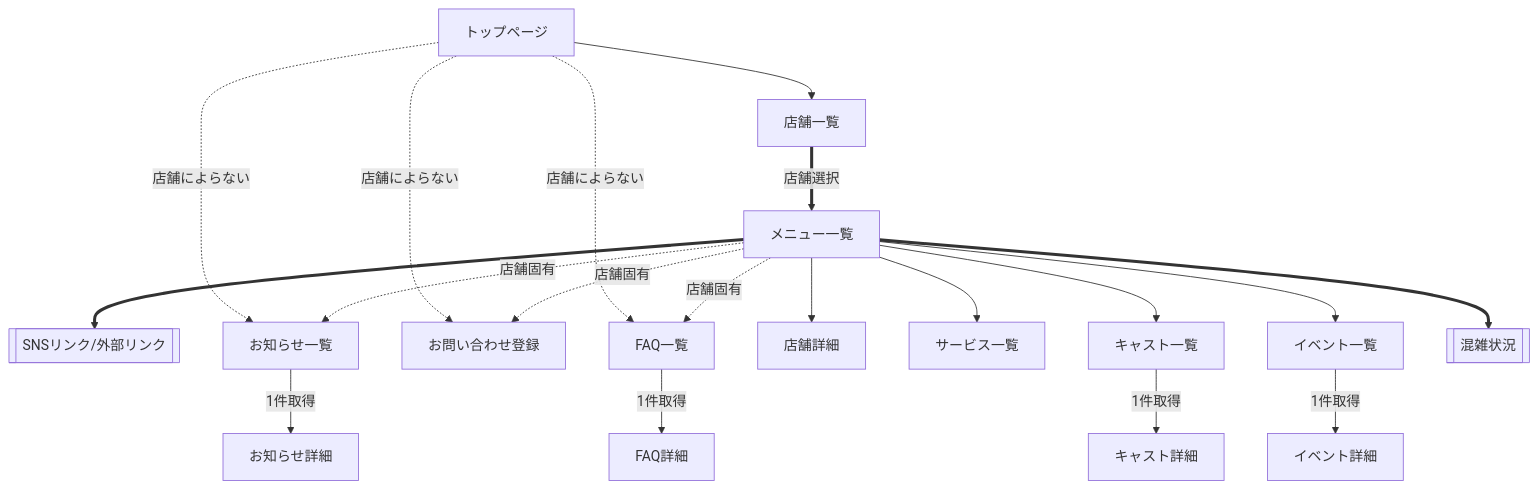
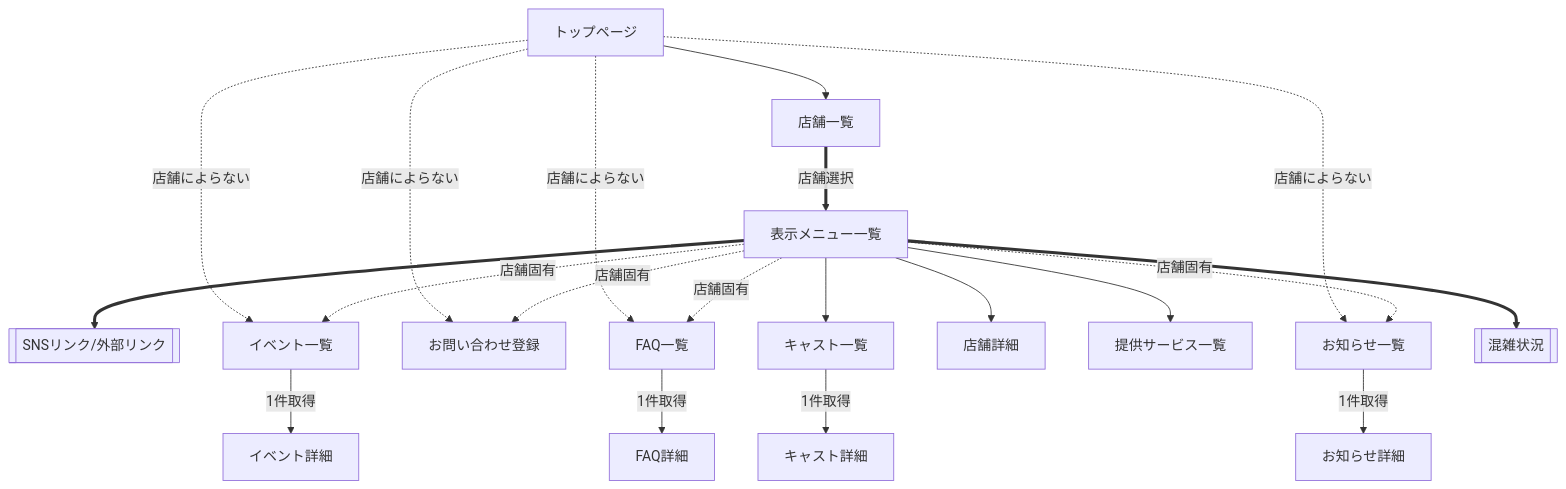
Before and after one commit to mabubu0203/catcafe: the first of 2 diagrams in document/02. 基本設計/2.screen_transition_diagram.md, drawn with Mermaid. The commit also changed other lines of this file and 29 other files, not shown here.

````diff
--- a/document/02. 基本設計/2.screen_transition_diagram.md
+++ b/document/02. 基本設計/2.screen_transition_diagram.md
@@ -32,22 +32,23 @@
 ```mermaid
 graph TD
   TOP[トップページ]
   TOP --> D1[店舗一覧]
   TOP -. 店舗によらない .-> C1[お知らせ一覧]
   TOP -. 店舗によらない .-> E3[お問い合わせ登録]
   TOP -. 店舗によらない .-> F1[FAQ一覧]
-  D1 == 店舗選択 ==> G1[メニュー一覧]
+  TOP -. 店舗によらない .-> M1[イベント一覧]
+  D1 == 店舗選択 ==> G1[表示メニュー一覧]
   G1 -. 店舗固有 .-> C1
   G1 -. 店舗固有 .-> E3
   G1 -. 店舗固有 .-> F1
+  G1 -. 店舗固有 .-> M1
   G1 --> D2[店舗詳細]
-  G1 --> I1[サービス一覧]
+  G1 --> I1[提供サービス一覧]
   G1 --> J1[キャスト一覧]
-  G1 --> M1[イベント一覧]
   G1 ==> N[[混雑状況]]
   G1 ==> 0[[SNSリンク/外部リンク]]
   C1 -- 1件取得 --> C2[お知らせ詳細]
   F1 -- 1件取得 --> F2[FAQ詳細]
   J1 -- 1件取得 --> J2[キャスト詳細]
   M1 -- 1件取得 --> M2[イベント詳細]
 ```
````
